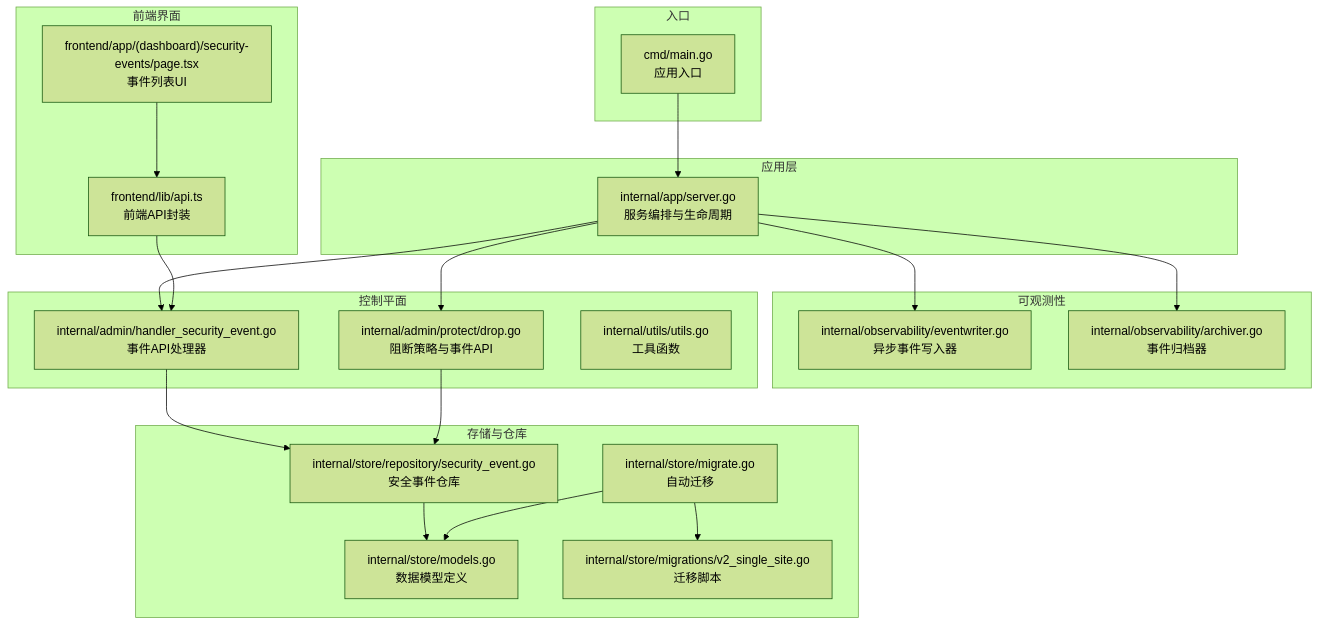
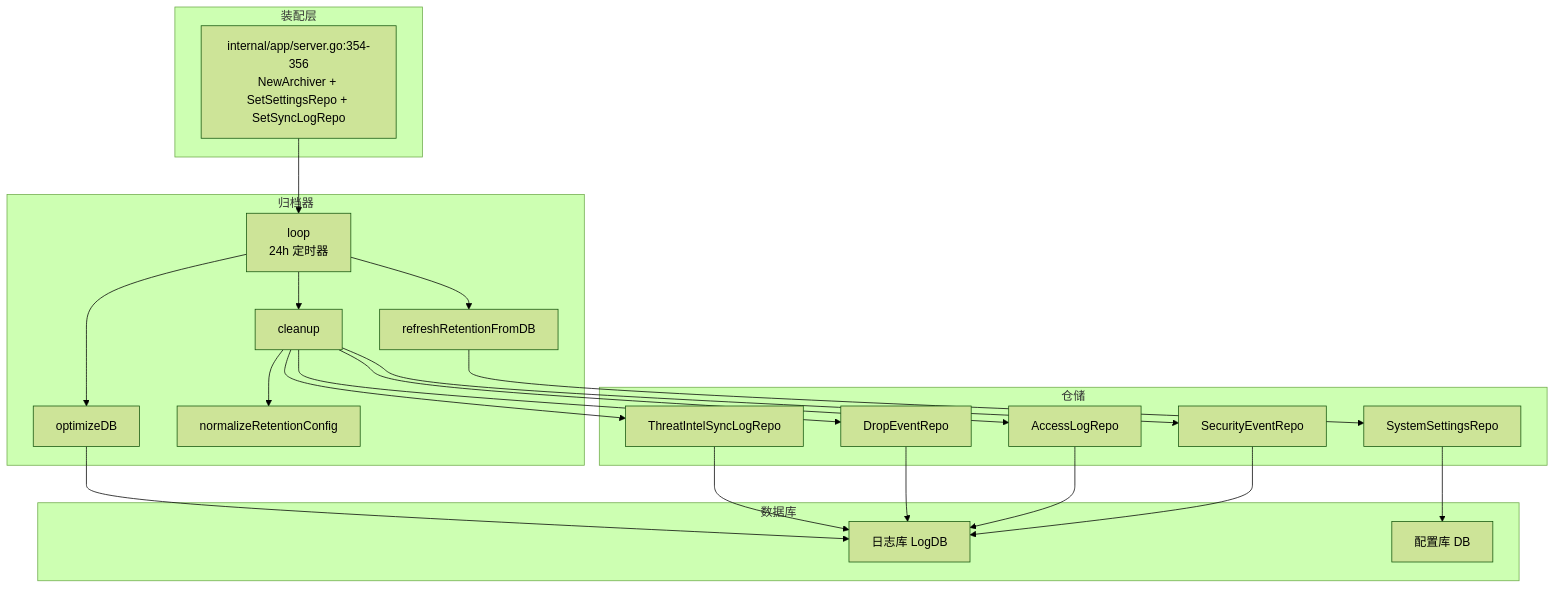
The first of 6 diagrams in docs/监控与可观测性/事件归档系统.md (x01n/My-OpenWaf), drawn with Mermaid (forest theme) before and after one commit. The commit also changed other lines of this file and 622 other files, not shown here.

````diff
--- a/docs/监控与可观测性/事件归档系统.md
+++ b/docs/监控与可观测性/事件归档系统.md
@@ -45,40 +64,33 @@
 ```mermaid
 graph TB
-subgraph "入口"
-MAIN["cmd/main.go<br/>应用入口"]
+subgraph "装配层"
+SRV["internal/app/server.go:354-356<br/>NewArchiver + SetSettingsRepo + SetSyncLogRepo"]
 end
-subgraph "应用层"
-SERVER["internal/app/server.go<br/>服务编排与生命周期"]
+subgraph "归档器"
+LOOP["loop<br/>24h 定时器"]
+REFRESH["refreshRetentionFromDB"]
+CLEAN["cleanup"]
+OPT["optimizeDB"]
+NORM["normalizeRetentionConfig"]
 end
-subgraph "可观测性"
-EVENTWRITER["internal/observability/eventwriter.go<br/>异步事件写入器"]
-ARCHIVER["internal/observability/archiver.go<br/>事件归档器"]
+subgraph "仓储"
+SER["SecurityEventRepo"]
+ALR["AccessLogRepo"]
+DER["DropEventRepo"]
+SLR["ThreatIntelSyncLogRepo"]
+SSR["SystemSettingsRepo"]
 end
-subgraph "存储与仓库"
-MODELS["internal/store/models.go<br/>数据模型定义"]
-REPO["internal/store/repository/security_event.go<br/>安全事件仓库"]
-MIGRATE["internal/store/migrate.go<br/>自动迁移"]
-MIGRATION["internal/store/migrations/v2_single_site.go<br/>迁移脚本"]
+subgraph "数据库"
+LDB["日志库 LogDB"]
+CDB["配置库 DB"]
 end
-subgraph "控制平面"
-HANDLER["internal/admin/handler_security_event.go<br/>事件API处理器"]
-DROP_HANDLER["internal/admin/protect/drop.go<br/>阻断策略与事件API"]
-UTILS["internal/utils/utils.go<br/>工具函数"]
-end
-subgraph "前端界面"
-UI["frontend/app/(dashboard)/security-events/page.tsx<br/>事件列表UI"]
-FRONTEND_API["frontend/lib/api.ts<br/>前端API封装"]
-end
-MAIN --> SERVER
-SERVER --> EVENTWRITER
-SERVER --> ARCHIVER
-SERVER --> HANDLER
-SERVER --> DROP_HANDLER
-HANDLER --> REPO
-DROP_HANDLER --> REPO
-REPO --> MODELS
-MIGRATE --> MODELS
-MIGRATE --> MIGRATION
-UI --> FRONTEND_API
-FRONTEND_API --> HANDLER
+SRV --> LOOP
+LOOP --> REFRESH --> SSR --> CDB
+LOOP --> CLEAN
+CLEAN --> NORM
+CLEAN --> SER --> LDB
+CLEAN --> ALR --> LDB
+CLEAN --> DER --> LDB
+CLEAN --> SLR --> LDB
+LOOP --> OPT --> LDB
 ```
````
